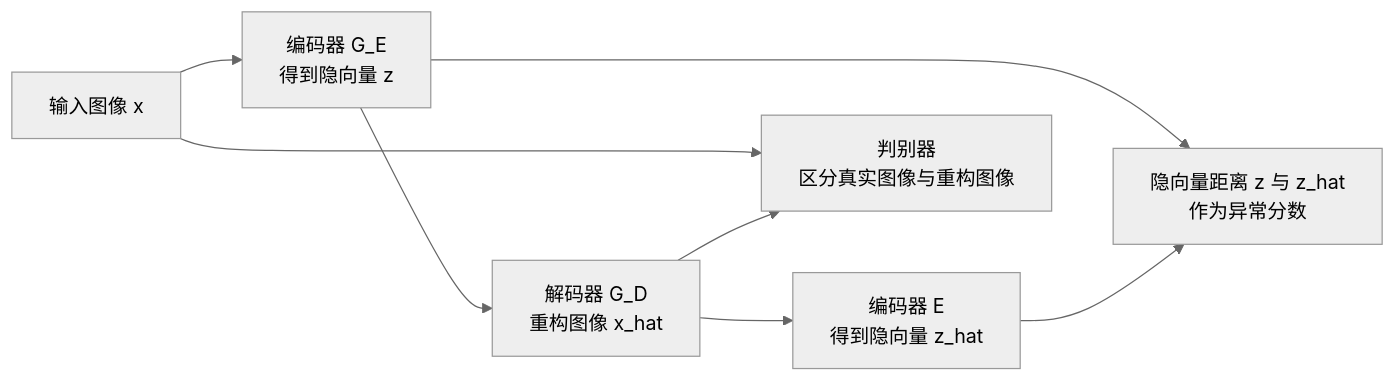
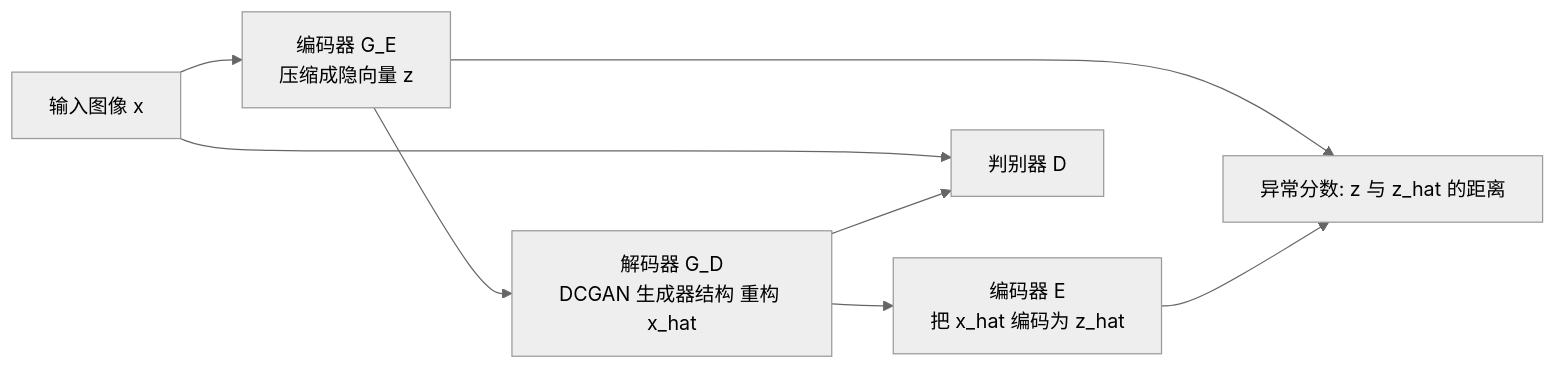
The diagram in docs/0743_paper_GANomaly.md (junxnone/aiwiki), drawn with Mermaid (neutral theme) before and after one commit. The commit also changed other lines of this file and 1 other file, not shown here.

````diff
--- a/docs/0743_paper_GANomaly.md
+++ b/docs/0743_paper_GANomaly.md
@@ -21,10 +22,10 @@
 ```mermaid
 graph LR
-    X["输入图像 x"] --> E1["编码器 G_E<br/>得到隐向量 z"]
-    E1 --> D["解码器 G_D<br/>重构图像 x_hat"]
-    D --> E2["编码器 E<br/>得到隐向量 z_hat"]
-    X --> DIS["判别器<br/>区分真实图像与重构图像"]
-    D --> DIS
-    E1 --> L["隐向量距离 z 与 z_hat<br/>作为异常分数"]
-    E2 --> L
+    X["输入图像 x"] --> GE["编码器 G_E<br/>压缩成隐向量 z"]
+    GE --> GD["解码器 G_D<br/>DCGAN 生成器结构 重构 x_hat"]
+    GD --> E["编码器 E<br/>把 x_hat 编码为 z_hat"]
+    X --> D["判别器 D"]
+    GD --> D
+    GE --> S["异常分数: z 与 z_hat 的距离"]
+    E --> S
 ```
````
